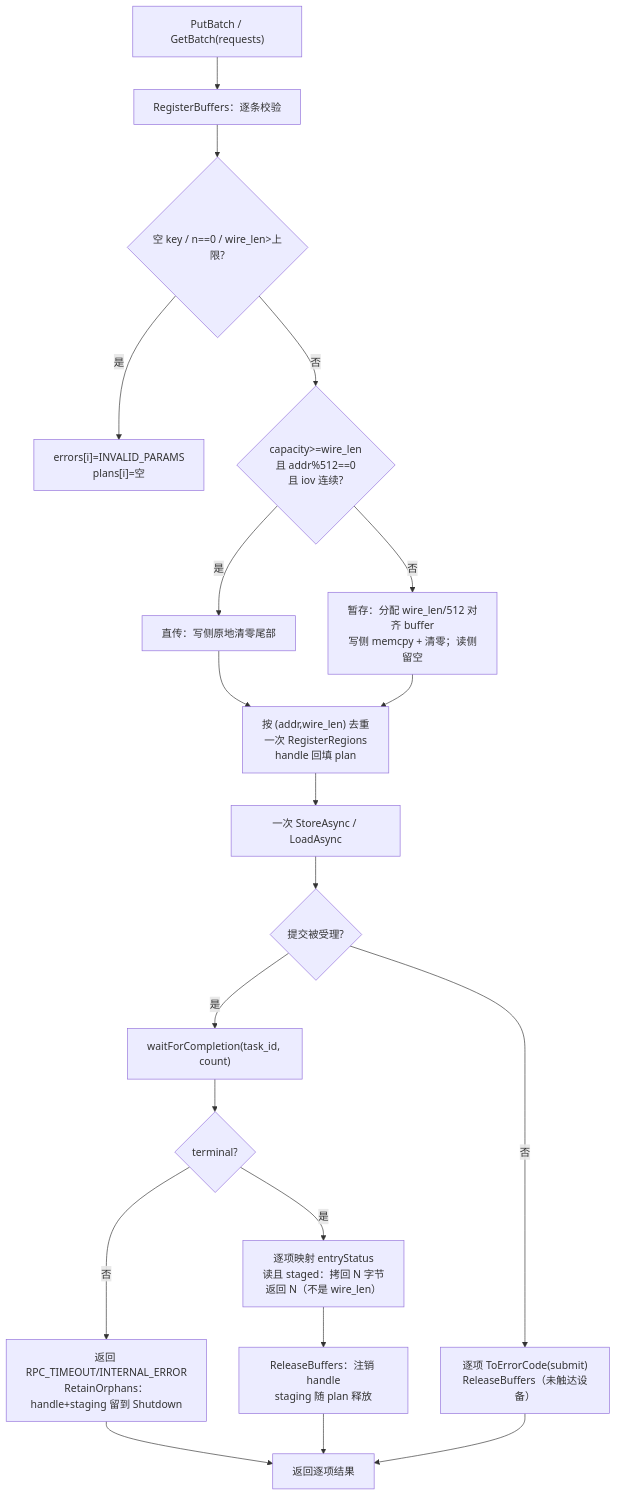
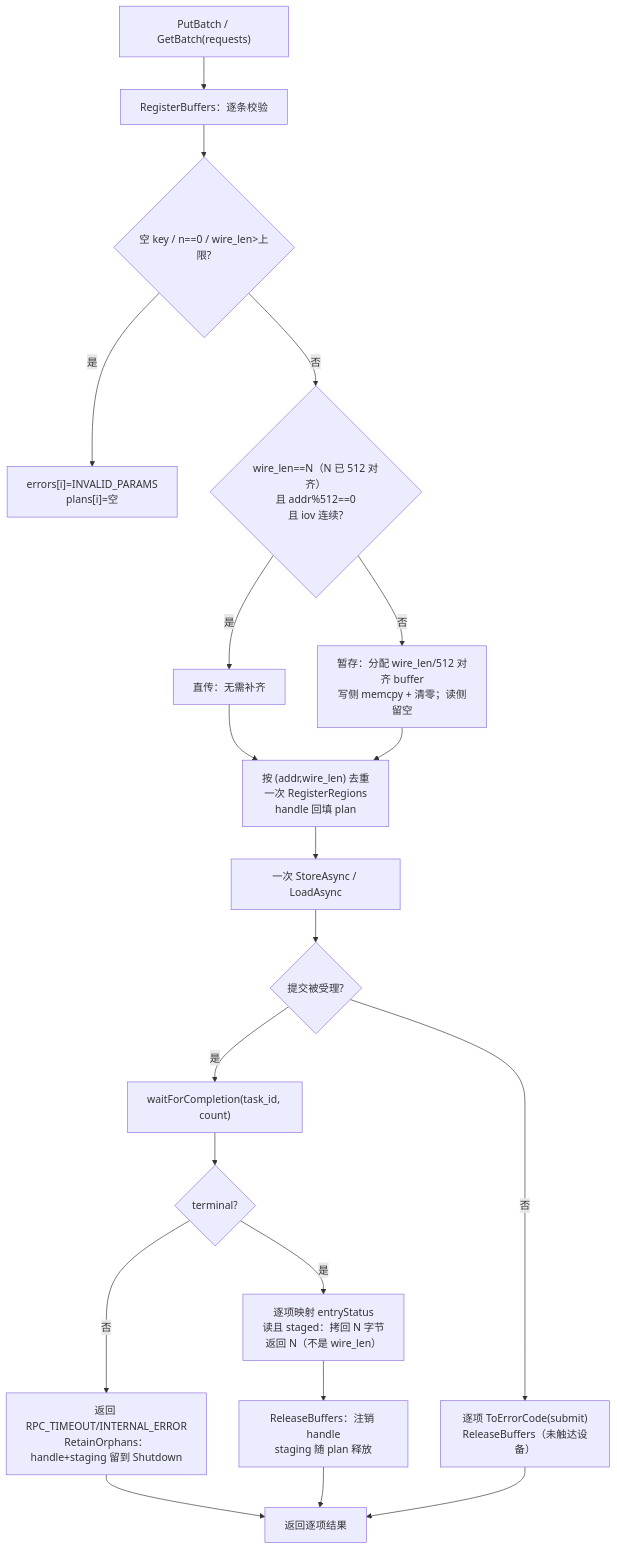
The fifth of 9 diagrams in Mooncake + KVClient L3 接入（Kvcs）- PR 实施设计.md (zwj20000328-dotcom/Mooncake-documents), drawn with Mermaid before and after one commit. The commit also changed other lines of this file and 1 other file, not shown here.

Commit message:
docs: gate kvclient direct IO on aligned size instead of capacity

````diff
--- a/Mooncake + KVClient L3 接入（Kvcs）- PR 实施设计.md
+++ b/Mooncake + KVClient L3 接入（Kvcs）- PR 实施设计.md
@@ -619,22 +617,22 @@
 ```mermaid
 flowchart TB
     A["PutBatch / GetBatch(requests)"] --> B["RegisterBuffers：逐条校验"]
     B --> C{"空 key / n==0 / wire_len>上限?"}
     C -->|是| E["errors[i]=INVALID_PARAMS<br/>plans[i]=空"]
-    C -->|否| D{"capacity>=wire_len<br/>且 addr%512==0<br/>且 iov 连续?"}
-    D -->|是| DIR["直传：写侧原地清零尾部"]
+    C -->|否| D{"wire_len==N（N 已 512 对齐）<br/>且 addr%512==0<br/>且 iov 连续?"}
+    D -->|是| DIR["直传：无需补齐"]
     D -->|否| STG["暂存：分配 wire_len/512 对齐 buffer<br/>写侧 memcpy + 清零；读侧留空"]
     DIR --> REG["按 (addr,wire_len) 去重<br/>一次 RegisterRegions<br/>handle 回填 plan"]
     STG --> REG
     REG --> SUB["一次 StoreAsync / LoadAsync"]
     SUB --> SUBOK{"提交被受理?"}
     SUBOK -->|否| SUBFAIL["逐项 ToErrorCode(submit)<br/>ReleaseBuffers（未触达设备）"]
     SUBOK -->|是| WAIT["waitForCompletion(task_id, count)"]
     WAIT --> TERM{"terminal?"}
     TERM -->|否| KEEP["返回 RPC_TIMEOUT/INTERNAL_ERROR<br/>RetainOrphans：handle+staging 留到 Shutdown"]
     TERM -->|是| MAP["逐项映射 entryStatus<br/>读且 staged：拷回 N 字节<br/>返回 N（不是 wire_len）"]
     MAP --> REL["ReleaseBuffers：注销 handle<br/>staging 随 plan 释放"]
     KEEP --> END["返回逐项结果"]
     REL --> END
     SUBFAIL --> END
 ```
````
